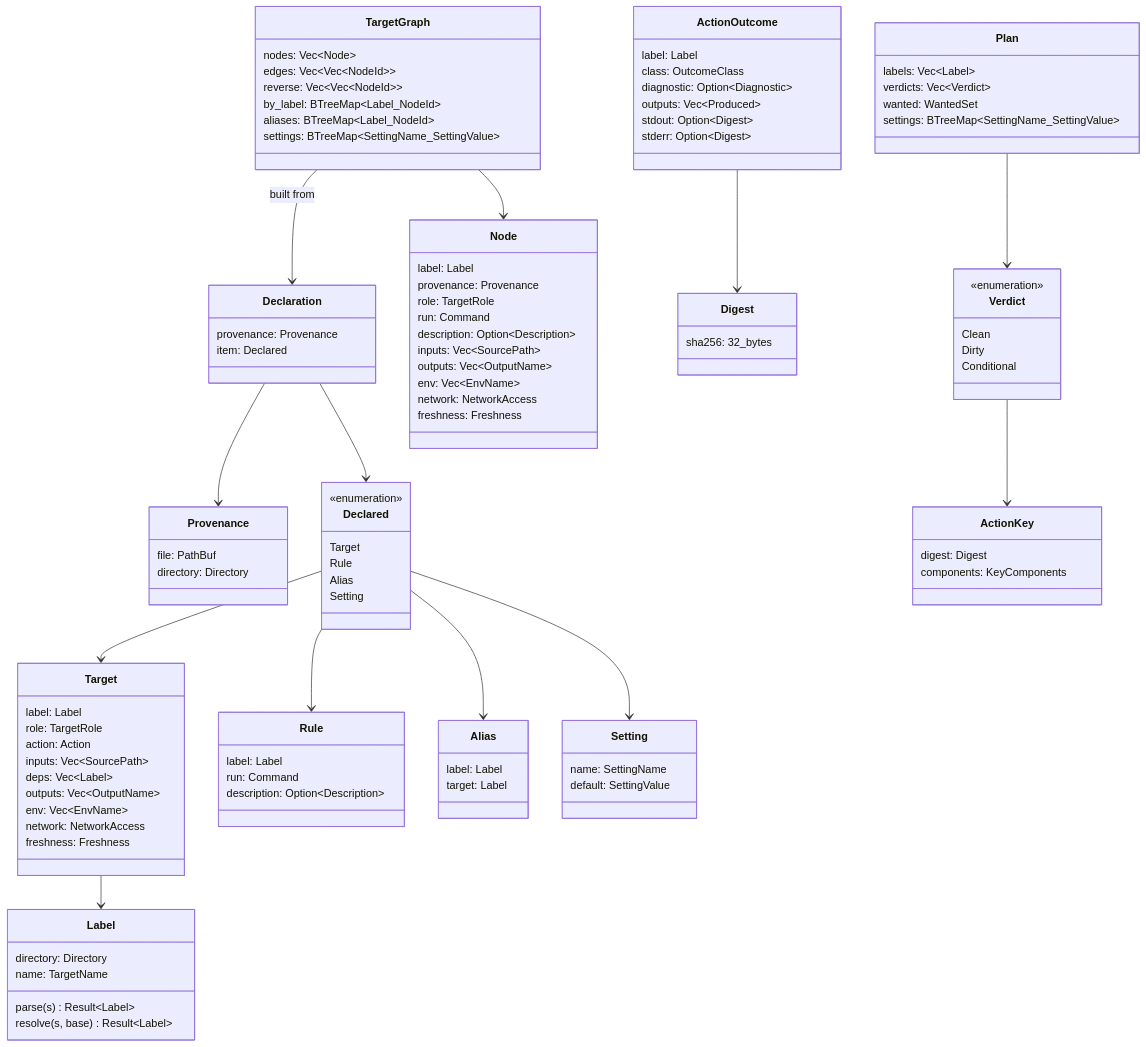
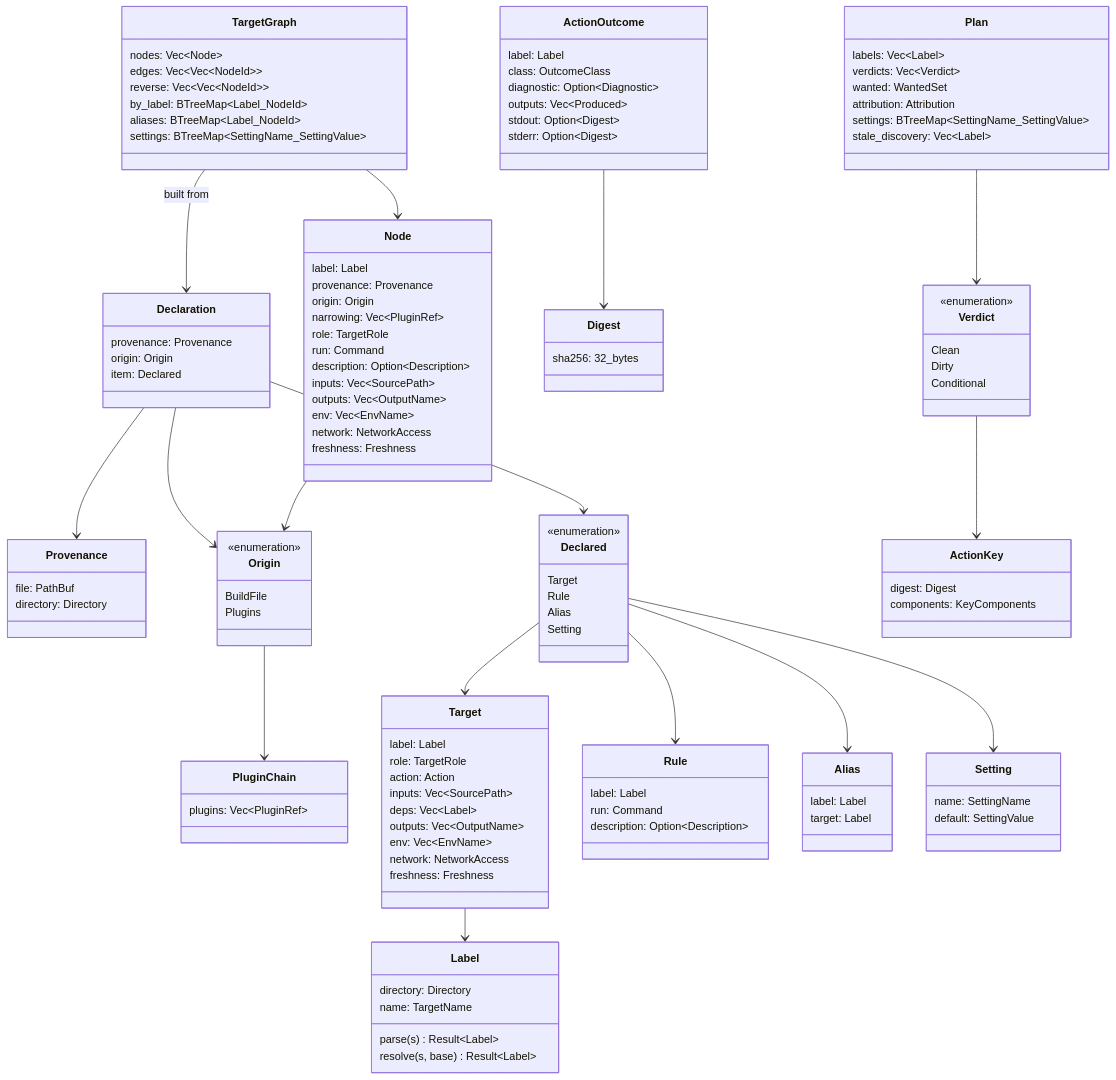
One commit to airsstack/buildl changed the second of 4 diagrams in docs/architecture.md. Above: the diagram before and after it, drawn with Mermaid. The commit also changed other lines of this file and 168 other files, not shown here.

First line of the commit message:
Plugins and discovery targets: buildl.toml plugins, plugins fetch, buildl.use and two-pass loading (#16)

```diff
--- a/docs/architecture.md
+++ b/docs/architecture.md
@@ -58,8 +58,17 @@
         file: PathBuf
         directory: Directory
     }
+    class Origin {
+        <<enumeration>>
+        BuildFile
+        Plugins
+    }
+    class PluginChain {
+        plugins: Vec~PluginRef~
+    }
     class Declaration {
         provenance: Provenance
+        origin: Origin
         item: Declared
     }
     class Declared {
@@ -96,6 +105,8 @@
     class Node {
         label: Label
         provenance: Provenance
+        origin: Origin
+        narrowing: Vec~PluginRef~
         role: TargetRole
         run: Command
         description: Option~Description~
@@ -124,7 +135,9 @@
         labels: Vec~Label~
         verdicts: Vec~Verdict~
         wanted: WantedSet
+        attribution: Attribution
         settings: BTreeMap~SettingName_SettingValue~
+        stale_discovery: Vec~Label~
     }
     class Verdict {
         <<enumeration>>
@@ -141,6 +154,9 @@
         stderr: Option~Digest~
     }
     Declaration --> Provenance
+    Declaration --> Origin
+    Origin --> PluginChain
+    Node --> Origin
     Declaration --> Declared
     Declared --> Target
     Declared --> Rule
```
